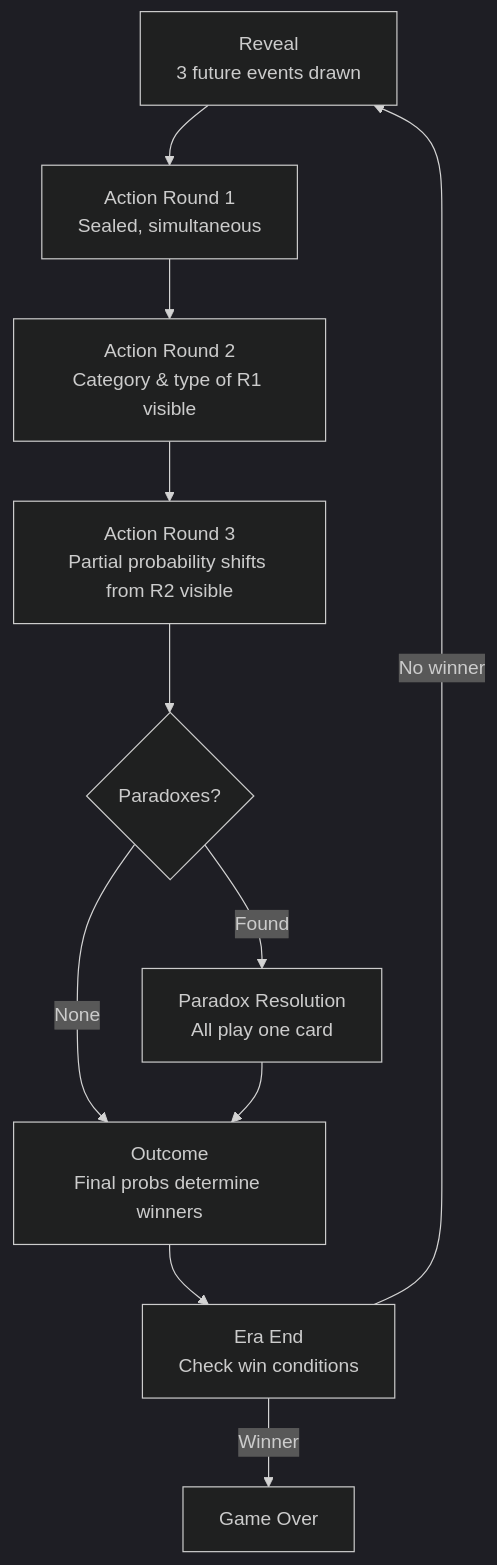
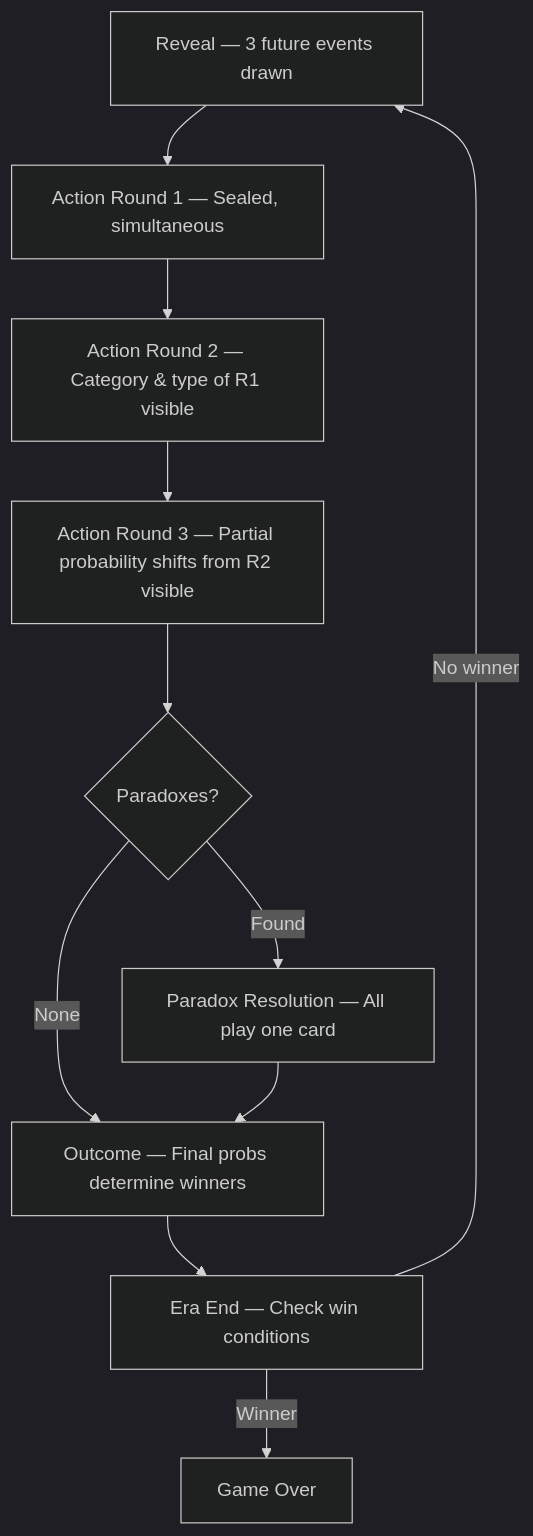
The diagram in game-design/era-structure.mdx (temporal-rift/docs), drawn with Mermaid (dark theme) before and after one commit. The commit also changed 9 other files, not shown here.

First line of the commit message:
fix: replace literal \n in Mermaid node labels with em-dash separator

````diff
--- a/game-design/era-structure.mdx
+++ b/game-design/era-structure.mdx
@@ -11,13 +11,13 @@
 ```mermaid
 flowchart TD
-  A[Reveal\n3 future events drawn] --> B[Action Round 1\nSealed, simultaneous]
-  B --> C[Action Round 2\nCategory & type of R1 visible]
-  C --> D[Action Round 3\nPartial probability shifts from R2 visible]
+  A[Reveal — 3 future events drawn] --> B[Action Round 1 — Sealed, simultaneous]
+  B --> C[Action Round 2 — Category & type of R1 visible]
+  C --> D[Action Round 3 — Partial probability shifts from R2 visible]
   D --> E{Paradoxes?}
-  E -->|None| G[Outcome\nFinal probs determine winners]
-  E -->|Found| F[Paradox Resolution\nAll play one card]
+  E -->|None| G[Outcome — Final probs determine winners]
+  E -->|Found| F[Paradox Resolution — All play one card]
   F --> G
-  G --> H[Era End\nCheck win conditions]
+  G --> H[Era End — Check win conditions]
   H -->|Winner| I[Game Over]
   H -->|No winner| A
 ```
````
